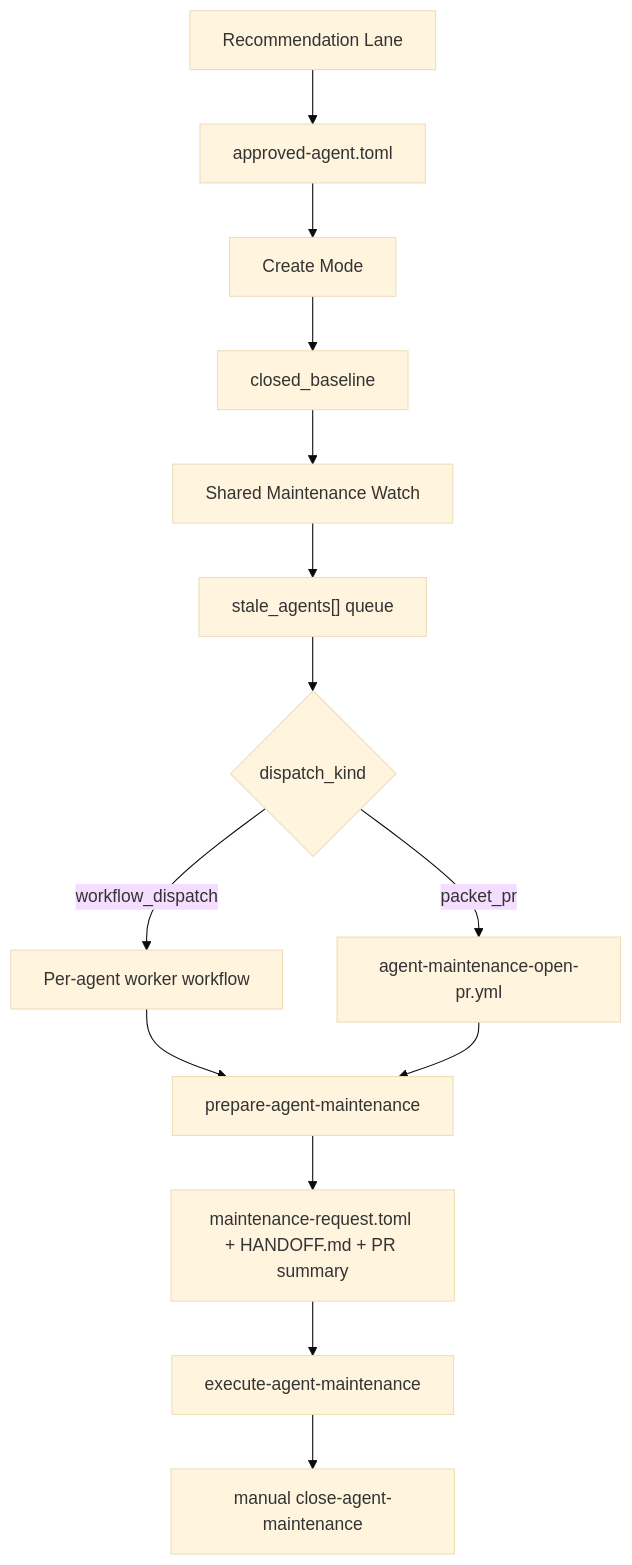
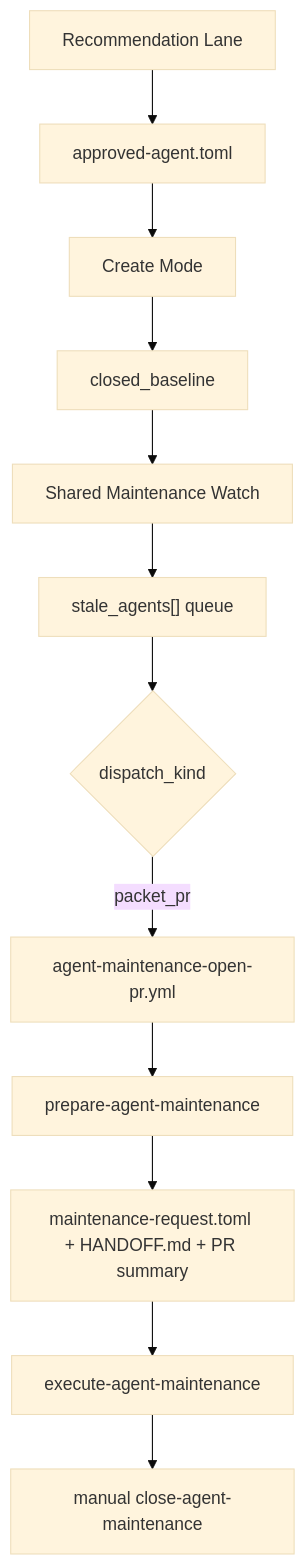
Before and after one commit to atomize-hq/unified-agent-api: the first of 7 diagrams in docs/cli-agent-onboarding-factory-workflow-atlas.md, drawn with Mermaid (base theme). The commit also changed other lines of this file and 90 other files, not shown here.

````diff
--- a/docs/cli-agent-onboarding-factory-workflow-atlas.md
+++ b/docs/cli-agent-onboarding-factory-workflow-atlas.md
@@ -51,16 +46,14 @@
 ```mermaid
 flowchart TD
   A["Recommendation Lane"] --> B["approved-agent.toml"]
   B --> C["Create Mode"]
   C --> D["closed_baseline"]
   D --> E["Shared Maintenance Watch"]
   E --> F["stale_agents[] queue"]
   F --> G{"dispatch_kind"}
-  G -->|workflow_dispatch| H["Per-agent worker workflow"]
   G -->|packet_pr| I["agent-maintenance-open-pr.yml"]
-  H --> J["prepare-agent-maintenance"]
-  I --> J
+  I --> J["prepare-agent-maintenance"]
   J --> K["maintenance-request.toml + HANDOFF.md + PR summary"]
   K --> L["execute-agent-maintenance"]
   L --> M["manual close-agent-maintenance"]
 ```
````
